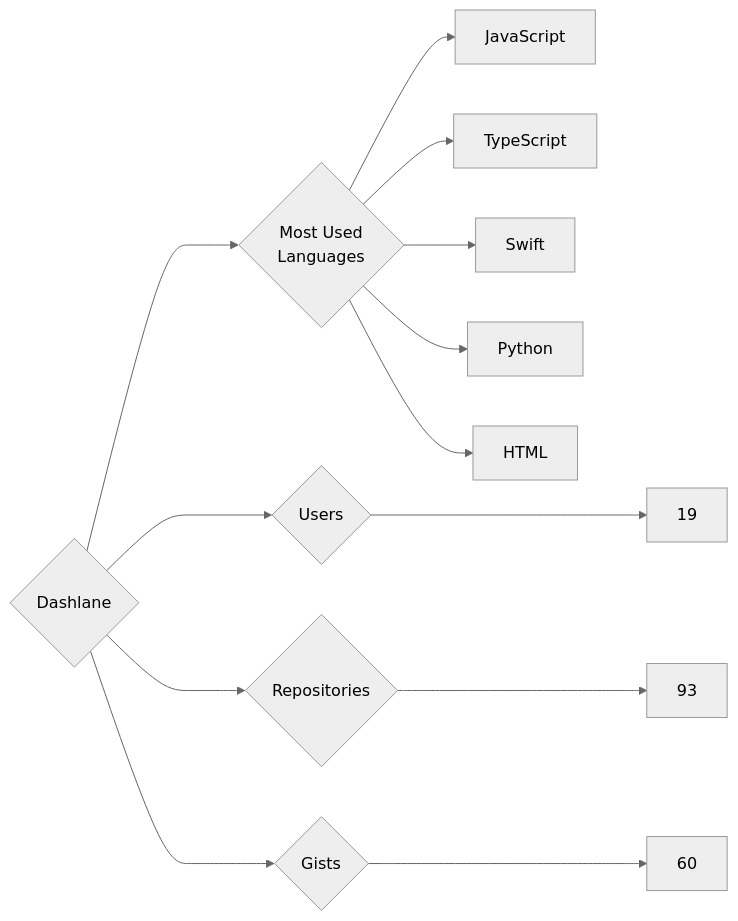
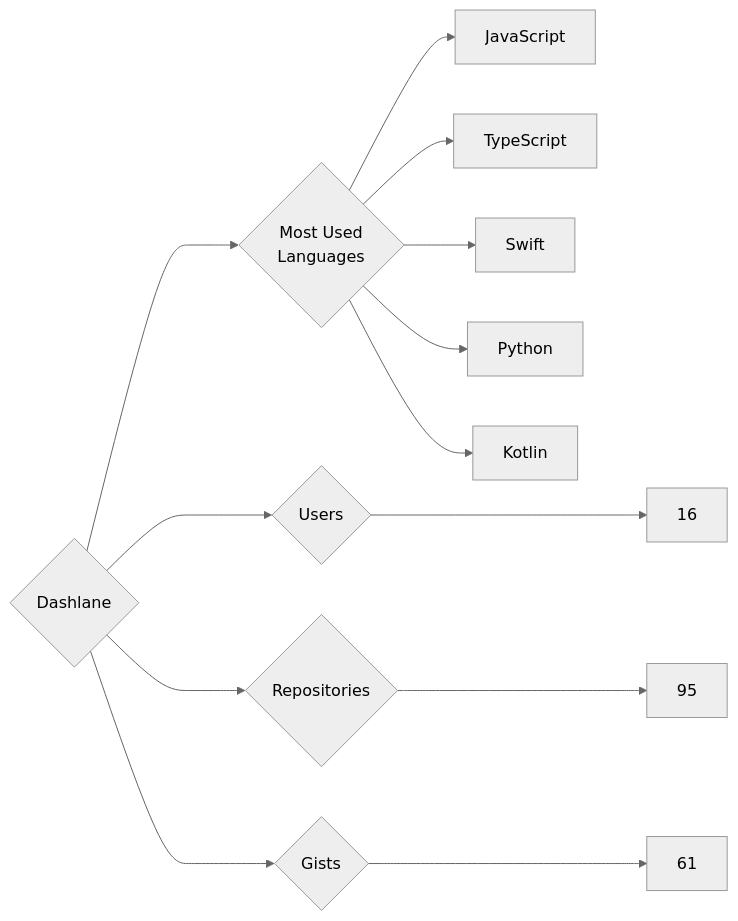
One commit to trickest/insiders changed the diagram in targets/Dashlane/README.md. Above: the diagram before and after it, drawn with Mermaid (neutral theme). The commit also changed 1238 other files, not shown here.

````diff
--- a/targets/Dashlane/README.md
+++ b/targets/Dashlane/README.md
@@ -3,13 +3,13 @@
 ```mermaid
 graph LR
 COMPANY_NAME{Dashlane}
-COMPANY_NAME ---> U{Users} ---> UN[19]
-COMPANY_NAME ---> R{Repositories} ---> RN[93]
-COMPANY_NAME ---> G{Gists} ---> GN[60]
+COMPANY_NAME ---> U{Users} ---> UN[16]
+COMPANY_NAME ---> R{Repositories} ---> RN[95]
+COMPANY_NAME ---> G{Gists} ---> GN[61]
 COMPANY_NAME ---> ML{Most Used<br>Languages}
 ML --> JavaScript[JavaScript]
 ML --> TypeScript[TypeScript]
 ML --> Swift[Swift]
 ML --> Python[Python]
-ML --> HTML[HTML]
+ML --> Kotlin[Kotlin]
 ```
````
